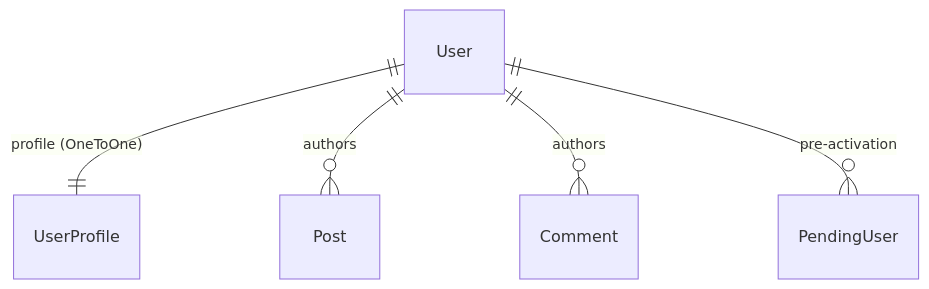
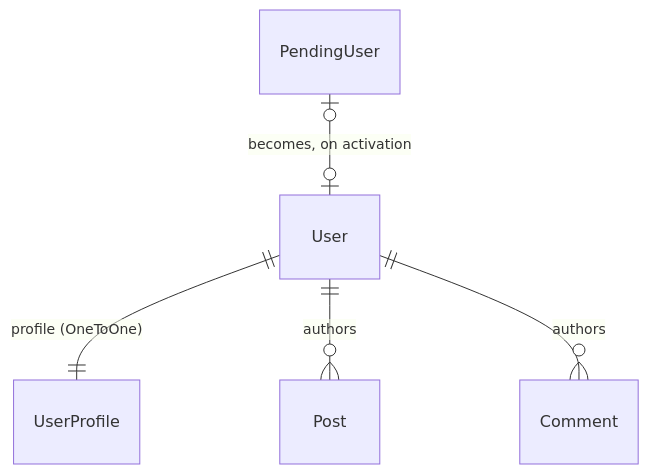
Before and after one commit to gremmie/sg101: the first of 2 diagrams in .agents/summary/data_models.md, drawn with Mermaid. The commit also changed other lines of this file and 10 other files, not shown here.

````diff
--- a/.agents/summary/data_models.md
+++ b/.agents/summary/data_models.md
@@ -7,7 +7,7 @@
 ```mermaid
 erDiagram
     User ||--|| UserProfile : "profile (OneToOne)"
     User ||--o{ Post : authors
     User ||--o{ Comment : authors
-    User ||--o{ PendingUser : "pre-activation"
+    PendingUser |o--o| User : "becomes, on activation"
 ```
````
